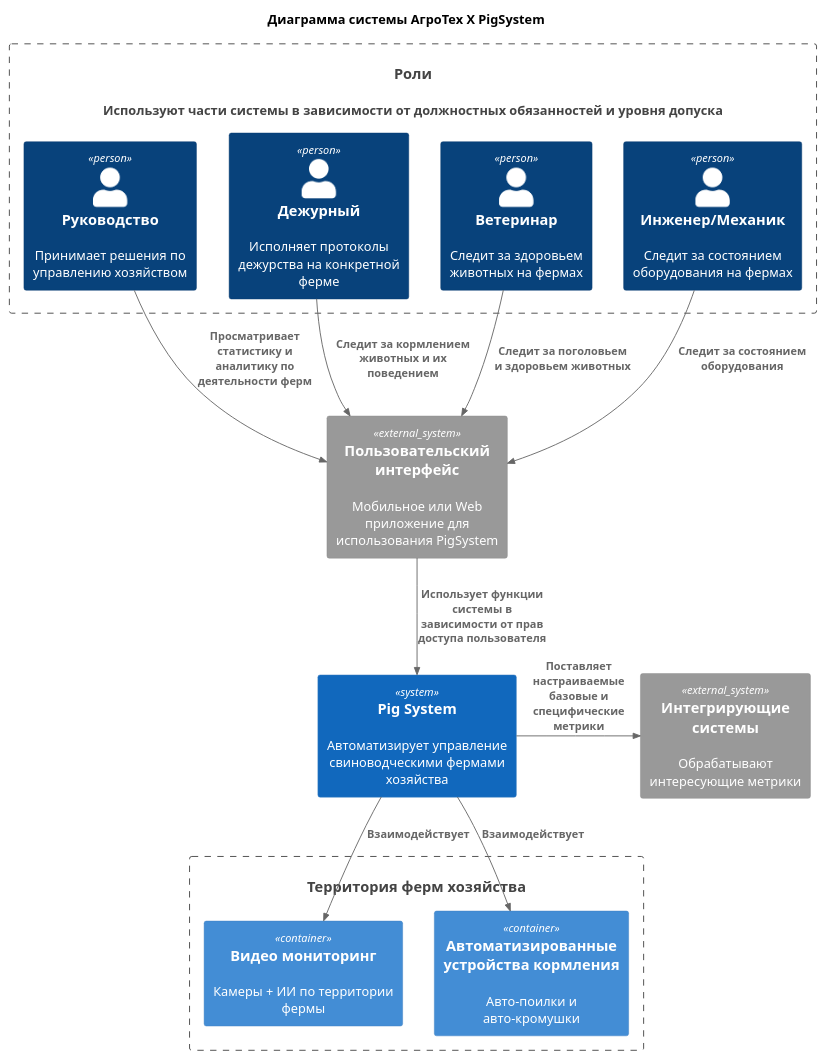
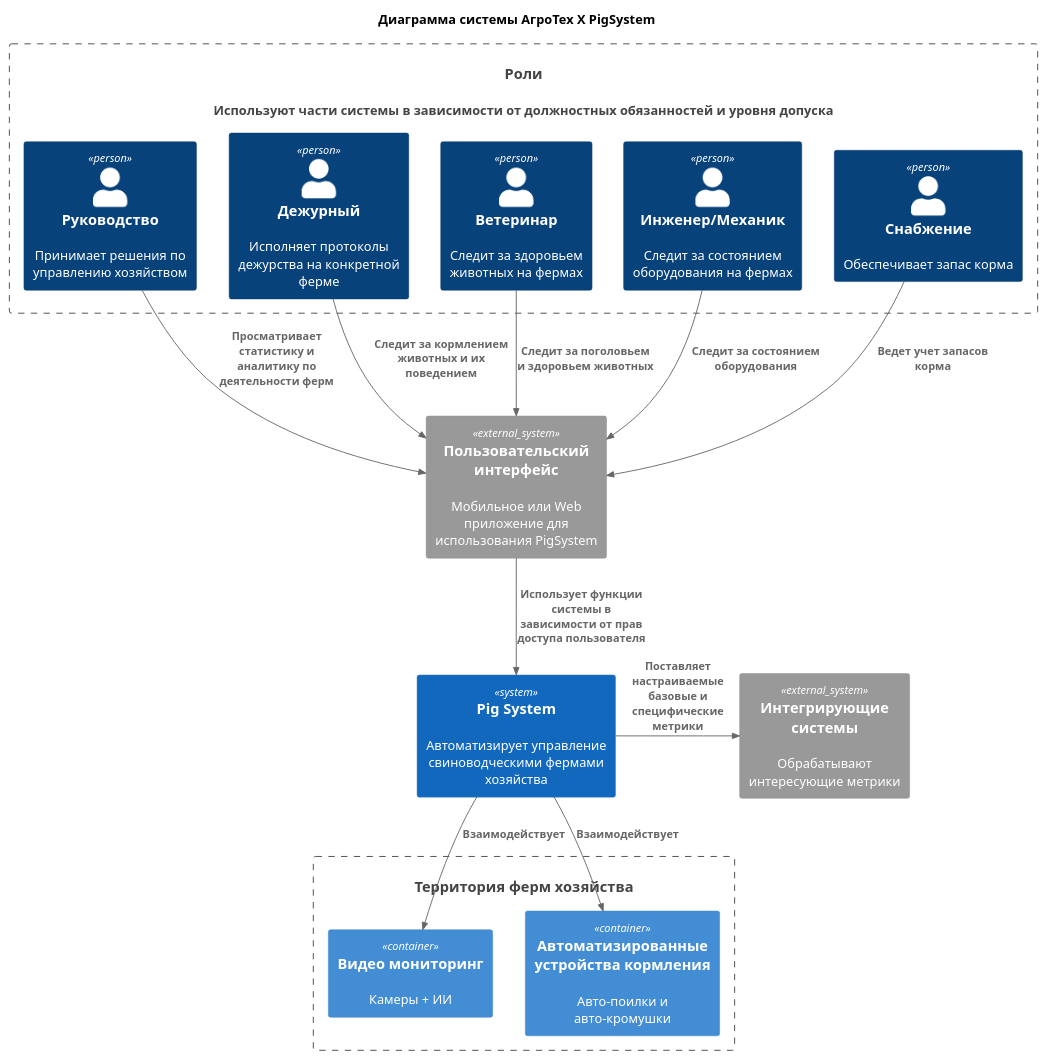
Before and after one commit to ane-ta/ms-agrotech: the diagram in Task1/Context - main.puml, drawn with PlantUML. The commit also changed 1 other file, not shown here.

Commit message:
docs: C1main - alternative diagram removed

```diff
--- a/Task1/Context - main.puml
+++ b/Task1/Context - main.puml
@@ -1,45 +1,47 @@
 @startuml
 title Диаграмма системы АгроТех Х PigSystem
 
 !includeurl https://raw.githubusercontent.com/RicardoNiepel/C4-PlantUML/master/C4_Component.puml
 
 'using entities
 System(users, "Роли", "Используют части системы в зависимости от должностных обязанностей и уровня допуска")
 Container_Boundary(users, "Пользователи и роли"){
 
     Person(userDir, "Руководство", "Принимает решения по управлению хозяйством")
     Person(userOnDuty, "Дежурный", "Исполняет протоколы дежурства на конкретной ферме")
     Person(userVet, "Ветеринар", "Следит за здоровьем животных на фермах")
     Person(userMech, "Инженер/Механик", "Следит за состоянием оборудования на фермах")
+    Person(userSupply, "Снабжение", "Обеспечивает запас корма")
 }
 
 'external items
 System_Ext(appUsing, "Пользовательский интерфейс", "Mобильное или Web приложение для использования PigSystem")
 System_Ext(sysIntegrating, "Интегрирующие системы", "Обрабатывают интересующие метрики")
 
 'system itself
 System(PigFarmSystem, "Pig System", "Автоматизирует управление свиноводческими фермами хозяйства")
  
  'items in use
  System(farms, "Территория ферм хозяйства", "")
  Container_Boundary(farms, ""){
-    Container(video, "Видео мониторинг", "", "Камеры + ИИ по территории фермы")
+    Container(video, "Видео мониторинг", "", "Камеры + ИИ")
     Container(feeding, "Автоматизированные устройства кормления", "", "Авто-поилки и авто-кромушки")
  }
 
 
 'using relations
 Rel_Down(userDir, appUsing, "Просматривает статистику и аналитику по деятельности ферм")
 Rel_Down(userOnDuty, appUsing, "Следит за кормлением животных и их поведением")
 Rel_Down(userVet, appUsing, "Следит за поголовьем и здоровьем животных")
 Rel_Down(userMech, appUsing, "Следит за состоянием оборудования")
+Rel_Down(userSupply, appUsing, "Ведет учет запасов корма")
 
 Rel_Down(appUsing,PigFarmSystem,"Использует функции системы в зависимости от прав доступа пользователя")
 
 Rel_Right(PigFarmSystem, sysIntegrating, "Поставляет настраиваемые базовые и специфические метрики")
 
 'in use relations
 Rel_Down(PigFarmSystem, video,"Взаимодействует")
 Rel_Down(PigFarmSystem, feeding,"Взаимодействует")
 
 @enduml
```
